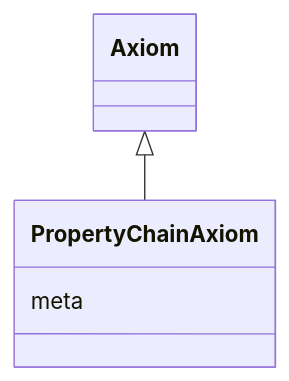
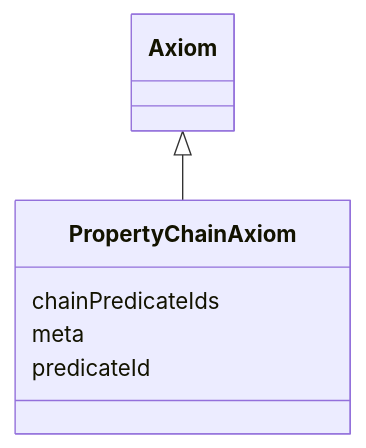
One commit to INCATools/ontology-access-kit changed the diagram in docs/datamodels/obograph/PropertyChainAxiom.md. Above: the diagram before and after it, drawn with Mermaid. The commit also changed other lines of this file and 45 other files, not shown here.

First line of the commit message:
Added allValuesFromEdges to OBO Graph data model.

````diff
--- a/docs/datamodels/obograph/PropertyChainAxiom.md
+++ b/docs/datamodels/obograph/PropertyChainAxiom.md
@@ -11,8 +8,10 @@
 ```{mermaid}
  classDiagram
+    class PropertyChainAxiom
       Axiom <|-- PropertyChainAxiom
       
+      PropertyChainAxiom : chainPredicateIds
       PropertyChainAxiom : meta
+      PropertyChainAxiom : predicateId
       
-
 ```
````
